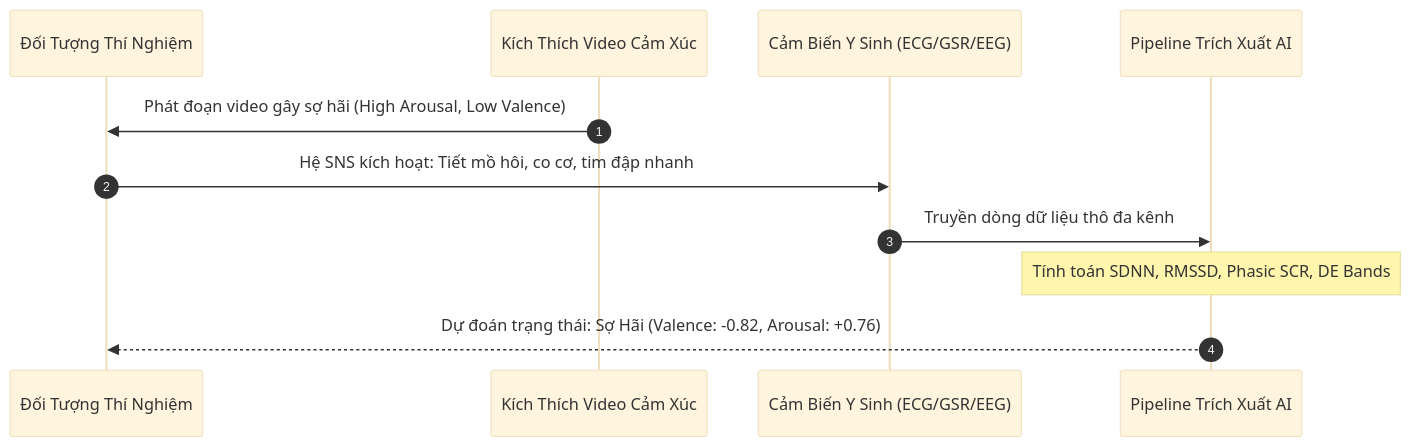
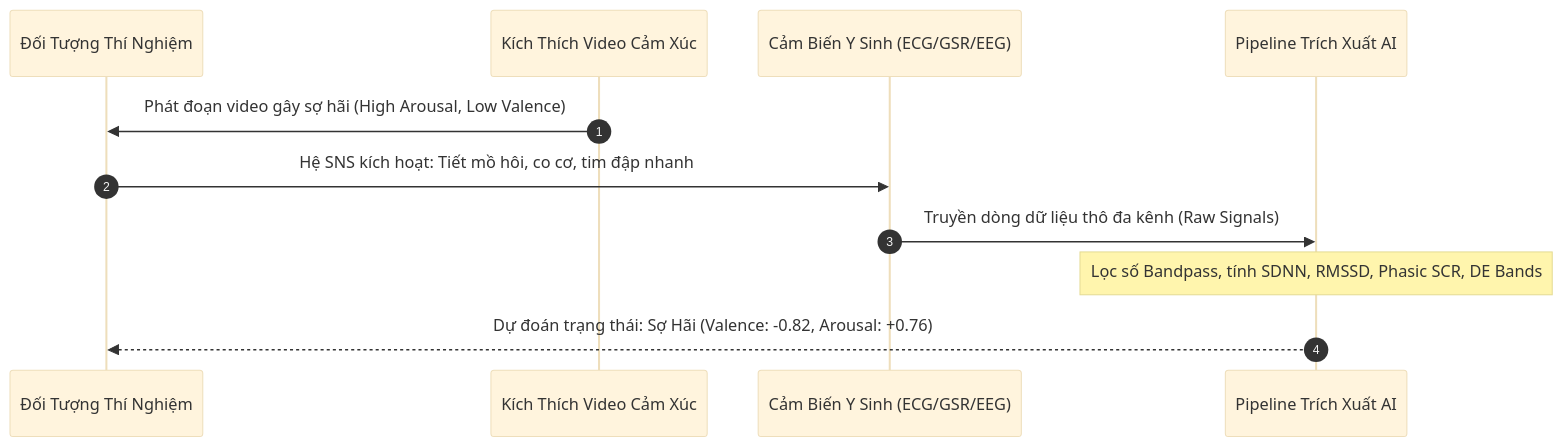
The fourth of 5 diagrams in _posts/2026-09-16-eeg-01-01-tong-quan-ve-cam-xuc-va-tin-hieu-y-sinh.md (kiennt308/ntk), drawn with Mermaid (base theme) before and after one commit. The commit also changed other lines of this file and 7 other files, not shown here.

````diff
--- a/_posts/2026-09-16-eeg-01-01-tong-quan-ve-cam-xuc-va-tin-hieu-y-sinh.md
+++ b/_posts/2026-09-16-eeg-01-01-tong-quan-ve-cam-xuc-va-tin-hieu-y-sinh.md
@@ -258,14 +153,14 @@
 ```mermaid
 sequenceDiagram
     autonumber
     participant Sub as Đối Tượng Thí Nghiệm
     participant Vid as Kích Thích Video Cảm Xúc
     participant Sen as Cảm Biến Y Sinh (ECG/GSR/EEG)
     participant Pipe as Pipeline Trích Xuất AI
 
     Vid->>Sub: Phát đoạn video gây sợ hãi (High Arousal, Low Valence)
     Sub->>Sen: Hệ SNS kích hoạt: Tiết mồ hôi, co cơ, tim đập nhanh
-    Sen->>Pipe: Truyền dòng dữ liệu thô đa kênh
-    Note over Pipe: Tính toán SDNN, RMSSD, Phasic SCR, DE Bands
+    Sen->>Pipe: Truyền dòng dữ liệu thô đa kênh (Raw Signals)
+    Note over Pipe: Lọc số Bandpass, tính SDNN, RMSSD, Phasic SCR, DE Bands
     Pipe-->>Sub: Dự đoán trạng thái: Sợ Hãi (Valence: -0.82, Arousal: +0.76)
 ```
````
